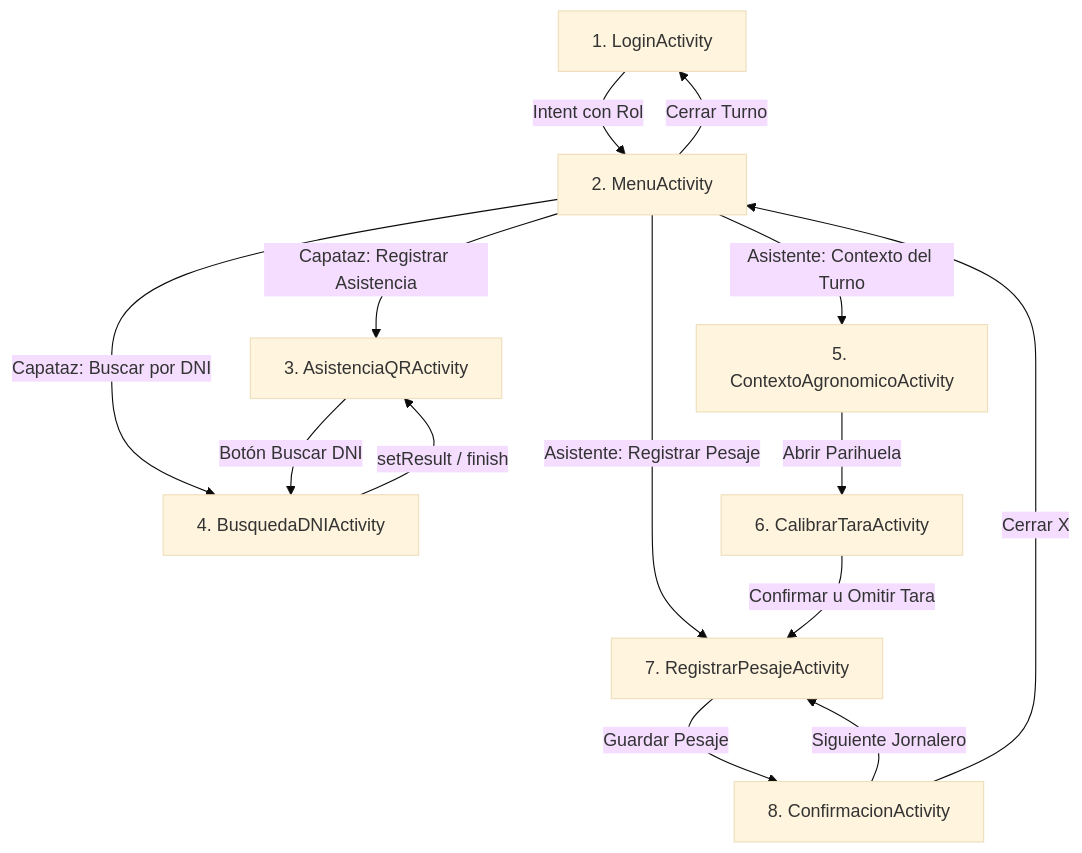
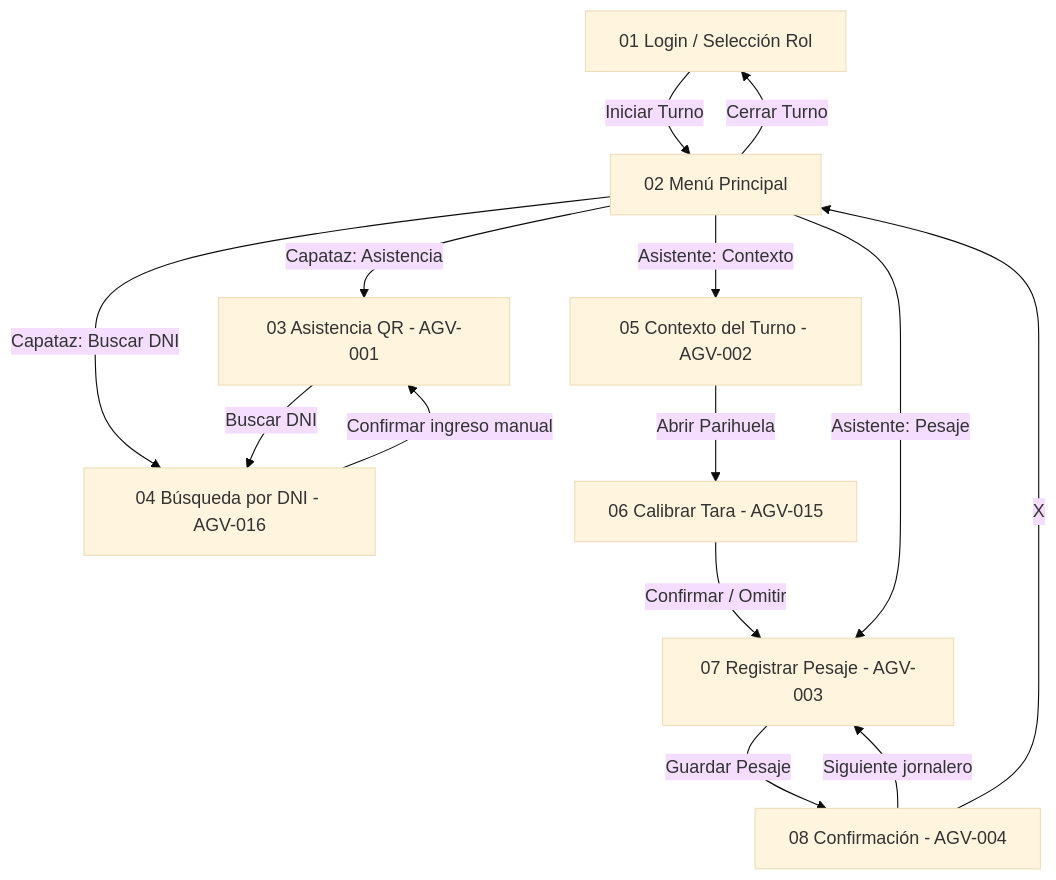
Before and after one commit to Jhordy-Salirrosas/Agrovalle-cosecha-android: the diagram in README.md, drawn with Mermaid (base theme). The commit also changed other lines of this file and 1 other file, not shown here.

````diff
--- a/README.md
+++ b/README.md
@@ -64,16 +116,16 @@
 ```mermaid
 graph TD
-    A[1. LoginActivity] -->|Intent con Rol| B[2. MenuActivity]
-    B -->|Capataz: Registrar Asistencia| C[3. AsistenciaQRActivity]
-    B -->|Capataz: Buscar por DNI| D[4. BusquedaDNIActivity]
-    C -->|Botón Buscar DNI| D
-    D -->|setResult / finish| C
-    B -->|Asistente: Contexto del Turno| E[5. ContextoAgronomicoActivity]
-    E -->|Abrir Parihuela| F[6. CalibrarTaraActivity]
-    B -->|Asistente: Registrar Pesaje| G[7. RegistrarPesajeActivity]
-    F -->|Confirmar u Omitir Tara| G
-    G -->|Guardar Pesaje| H[8. ConfirmacionActivity]
-    H -->|Siguiente Jornalero| G
-    H -->|Cerrar X| B
+    A[01 Login / Selección Rol] -->|Iniciar Turno| B[02 Menú Principal]
+    B -->|Capataz: Asistencia| C[03 Asistencia QR - AGV-001]
+    B -->|Capataz: Buscar DNI| D[04 Búsqueda por DNI - AGV-016]
+    C -->|Buscar DNI| D
+    D -->|Confirmar ingreso manual| C
+    B -->|Asistente: Contexto| E[05 Contexto del Turno - AGV-002]
+    E -->|Abrir Parihuela| F[06 Calibrar Tara - AGV-015]
+    F -->|Confirmar / Omitir| G[07 Registrar Pesaje - AGV-003]
+    B -->|Asistente: Pesaje| G
+    G -->|Guardar Pesaje| H[08 Confirmación - AGV-004]
+    H -->|Siguiente jornalero| G
+    H -->|X| B
     B -->|Cerrar Turno| A
 ```
````
